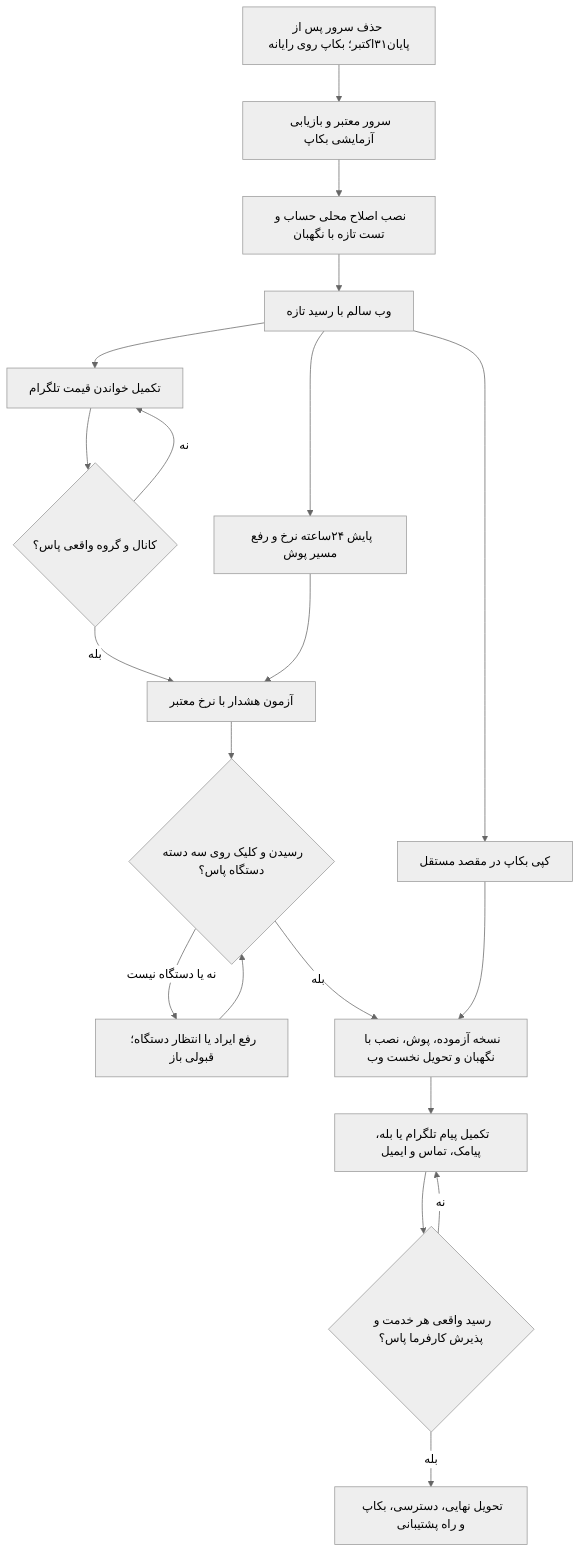
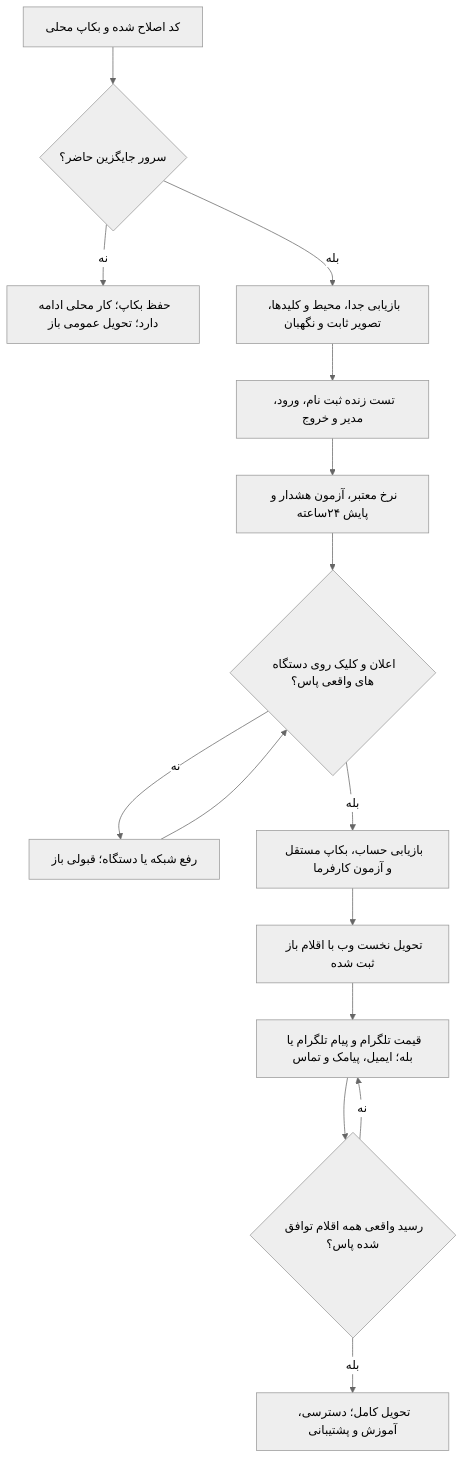
The first of 2 diagrams in docs/project-completion-roadmap-fa.md (Ilia-Shakeri/Nerkhbaan), drawn with Mermaid (neutral theme) before and after one commit. The commit also changed other lines of this file and 13 other files, not shown here.

````diff
--- a/docs/project-completion-roadmap-fa.md
+++ b/docs/project-completion-roadmap-fa.md
@@ -41,22 +46,17 @@
 ```mermaid
 flowchart TD
-    S[حذف سرور پس از پایان۳۱اکتبر؛ بکاپ روی رایانه] --> R[سرور معتبر و بازیابی آزمایشی بکاپ]
-    R --> T[نصب اصلاح محلی حساب و تست تازه با نگهبان]
-    T --> A[وب سالم با رسید تازه]
-    A --> B[کپی بکاپ در مقصد مستقل]
-    A --> C[تکمیل خواندن قیمت تلگرام]
-    A --> D[پایش ۲۴ساعته نرخ و رفع مسیر پوش]
-    C --> E{کانال و گروه واقعی پاس؟}
-    E -->|نه| C
-    E -->|بله| F[آزمون هشدار با نرخ معتبر]
-    D --> F
-    F --> G{رسیدن و کلیک روی سه دسته دستگاه پاس؟}
-    G -->|نه یا دستگاه نیست| H[رفع ایراد یا انتظار دستگاه؛ قبولی باز]
+    A[کد اصلاح شده و بکاپ محلی] --> B{سرور جایگزین حاضر؟}
+    B -->|نه| C[حفظ بکاپ؛ کار محلی ادامه دارد؛ تحویل عمومی باز]
+    B -->|بله| D[بازیابی جدا، محیط و کلیدها، تصویر ثابت و نگهبان]
+    D --> E[تست زنده ثبت نام، ورود، مدیر و خروج]
+    E --> F[نرخ معتبر، آزمون هشدار و پایش ۲۴ساعته]
+    F --> G{اعلان و کلیک روی دستگاه های واقعی پاس؟}
+    G -->|نه| H[رفع شبکه یا دستگاه؛ قبولی باز]
     H --> G
-    G -->|بله| I[نسخه آزموده، پوش، نصب با نگهبان و تحویل نخست وب]
-    B --> I
-    I --> J[تکمیل پیام تلگرام یا بله، پیامک، تماس و ایمیل]
-    J --> K{رسید واقعی هر خدمت و پذیرش کارفرما پاس؟}
-    K -->|نه| J
-    K -->|بله| L[تحویل نهایی، دسترسی، بکاپ و راه پشتیبانی]
+    G -->|بله| I[بازیابی حساب، بکاپ مستقل و آزمون کارفرما]
+    I --> J[تحویل نخست وب با اقلام باز ثبت شده]
+    J --> K[قیمت تلگرام و پیام تلگرام یا بله؛ ایمیل، پیامک و تماس]
+    K --> L{رسید واقعی همه اقلام توافق شده پاس؟}
+    L -->|نه| K
+    L -->|بله| M[تحویل کامل؛ دسترسی، آموزش و پشتیبانی]
 ```
````
